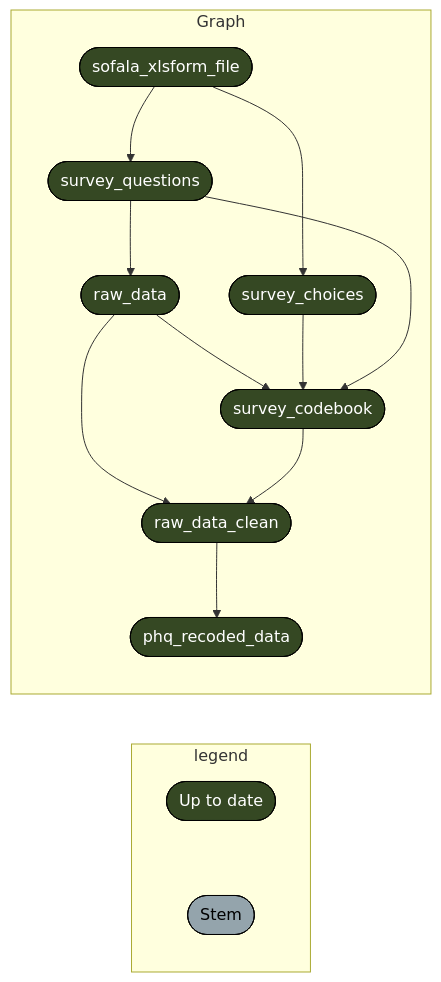
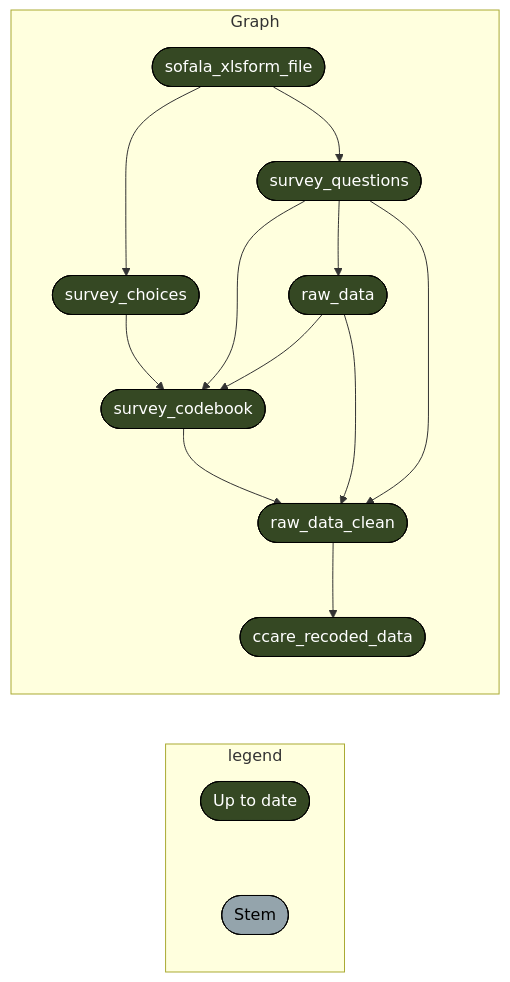
One commit to katilingban/mozambique-s3m changed the fourth of 4 diagrams in README.md. Above: the diagram before and after it, drawn with Mermaid. The commit also changed other lines of this file and 6 other files, not shown here.

````diff
--- a/README.md
+++ b/README.md
@@ -96,20 +127,21 @@
 ``` mermaid
 graph LR
   subgraph legend
     x7420bd9270f8d27d([""Up to date""]):::uptodate --- xbf4603d6c2c2ad6b([""Stem""]):::none
   end
   subgraph Graph
-    x136e4e85e6851637(["raw_data"]):::uptodate --> x09e58614f2343db8(["raw_data_clean"]):::uptodate
-    xfcfc1959dbba8ed3(["survey_codebook"]):::uptodate --> x09e58614f2343db8(["raw_data_clean"]):::uptodate
-    x0c65864d89dfd824(["survey_questions"]):::uptodate --> x136e4e85e6851637(["raw_data"]):::uptodate
-    x09e58614f2343db8(["raw_data_clean"]):::uptodate --> xfbe1be7fbc5dc84a(["phq_recoded_data"]):::uptodate
-    x52eeb21c389d52d8(["sofala_xlsform_file"]):::uptodate --> x5aed27afbde18e19(["survey_choices"]):::uptodate
-    x52eeb21c389d52d8(["sofala_xlsform_file"]):::uptodate --> x0c65864d89dfd824(["survey_questions"]):::uptodate
     x136e4e85e6851637(["raw_data"]):::uptodate --> xfcfc1959dbba8ed3(["survey_codebook"]):::uptodate
     x5aed27afbde18e19(["survey_choices"]):::uptodate --> xfcfc1959dbba8ed3(["survey_codebook"]):::uptodate
     x0c65864d89dfd824(["survey_questions"]):::uptodate --> xfcfc1959dbba8ed3(["survey_codebook"]):::uptodate
+    x0c65864d89dfd824(["survey_questions"]):::uptodate --> x136e4e85e6851637(["raw_data"]):::uptodate
+    x52eeb21c389d52d8(["sofala_xlsform_file"]):::uptodate --> x5aed27afbde18e19(["survey_choices"]):::uptodate
+    x09e58614f2343db8(["raw_data_clean"]):::uptodate --> x3c8b244f6e4168fe(["ccare_recoded_data"]):::uptodate
+    x52eeb21c389d52d8(["sofala_xlsform_file"]):::uptodate --> x0c65864d89dfd824(["survey_questions"]):::uptodate
+    x136e4e85e6851637(["raw_data"]):::uptodate --> x09e58614f2343db8(["raw_data_clean"]):::uptodate
+    xfcfc1959dbba8ed3(["survey_codebook"]):::uptodate --> x09e58614f2343db8(["raw_data_clean"]):::uptodate
+    x0c65864d89dfd824(["survey_questions"]):::uptodate --> x09e58614f2343db8(["raw_data_clean"]):::uptodate
   end
   classDef uptodate stroke:#000000,color:#ffffff,fill:#354823;
   classDef none stroke:#000000,color:#000000,fill:#94a4ac;
   linkStyle 0 stroke-width:0px;
 ```
````
